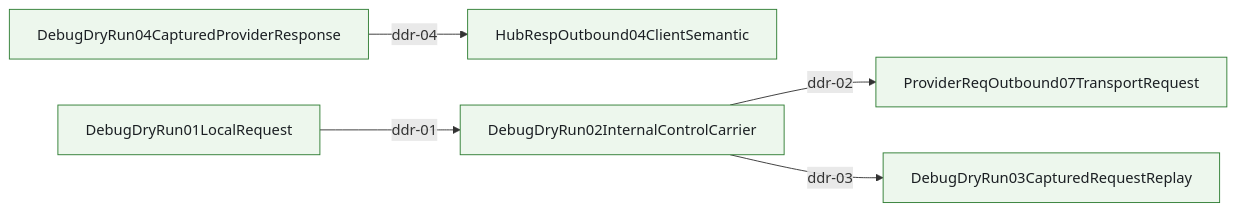
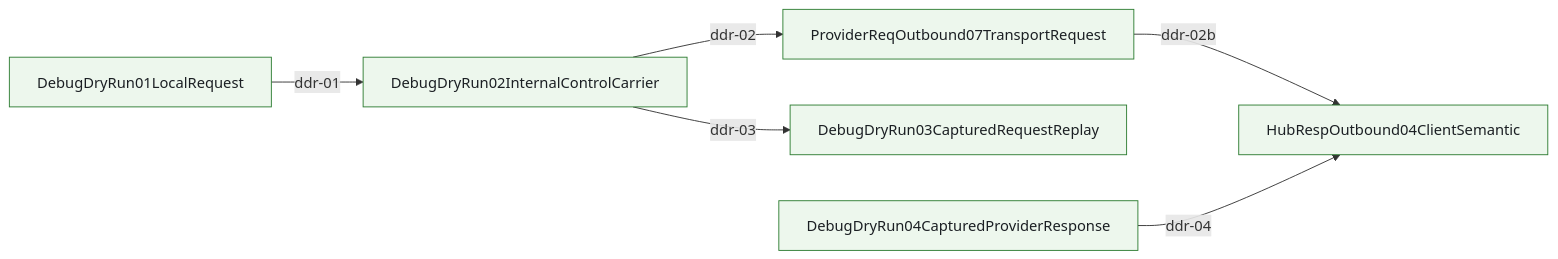
The ninth of 19 diagrams in docs/architecture/wiki/mainline-call-graph.md (Jasonzhangf/routecodex), drawn with Mermaid before and after one commit. The commit also changed other lines of this file and 15 other files, not shown here.

Commit message:
refactor(debug): rustify dry-run terminal action

````diff
--- a/docs/architecture/wiki/mainline-call-graph.md
+++ b/docs/architecture/wiki/mainline-call-graph.md
@@ -336,22 +336,23 @@
 ```mermaid
 flowchart LR
+  DebugDryRun04CapturedProviderResponse["DebugDryRun04CapturedProviderResponse"]
   HubRespOutbound04ClientSemantic["HubRespOutbound04ClientSemantic"]
-  DebugDryRun04CapturedProviderResponse["DebugDryRun04CapturedProviderResponse"]
   DebugDryRun03CapturedRequestReplay["DebugDryRun03CapturedRequestReplay"]
   ProviderReqOutbound07TransportRequest["ProviderReqOutbound07TransportRequest"]
   DebugDryRun02InternalControlCarrier["DebugDryRun02InternalControlCarrier"]
   DebugDryRun01LocalRequest["DebugDryRun01LocalRequest"]
   DebugDryRun01LocalRequest -->|ddr-01| DebugDryRun02InternalControlCarrier
   DebugDryRun02InternalControlCarrier -->|ddr-02| ProviderReqOutbound07TransportRequest
   DebugDryRun02InternalControlCarrier -->|ddr-03| DebugDryRun03CapturedRequestReplay
+  ProviderReqOutbound07TransportRequest -->|ddr-02b| HubRespOutbound04ClientSemantic
   DebugDryRun04CapturedProviderResponse -->|ddr-04| HubRespOutbound04ClientSemantic
   classDef anchored fill:#edf7ed,stroke:#2e7d32,stroke-width:1px,color:#1b1f23;
   classDef partial fill:#fff7e6,stroke:#b26a00,stroke-width:1px,color:#1b1f23;
   classDef pending fill:#f4f4f5,stroke:#6b7280,stroke-width:1px,stroke-dasharray: 5 5,color:#1b1f23;
   class DebugDryRun01LocalRequest anchored;
   class DebugDryRun02InternalControlCarrier anchored;
   class ProviderReqOutbound07TransportRequest anchored;
   class DebugDryRun03CapturedRequestReplay anchored;
+  class HubRespOutbound04ClientSemantic anchored;
   class DebugDryRun04CapturedProviderResponse anchored;
-  class HubRespOutbound04ClientSemantic anchored;
 ```
````
